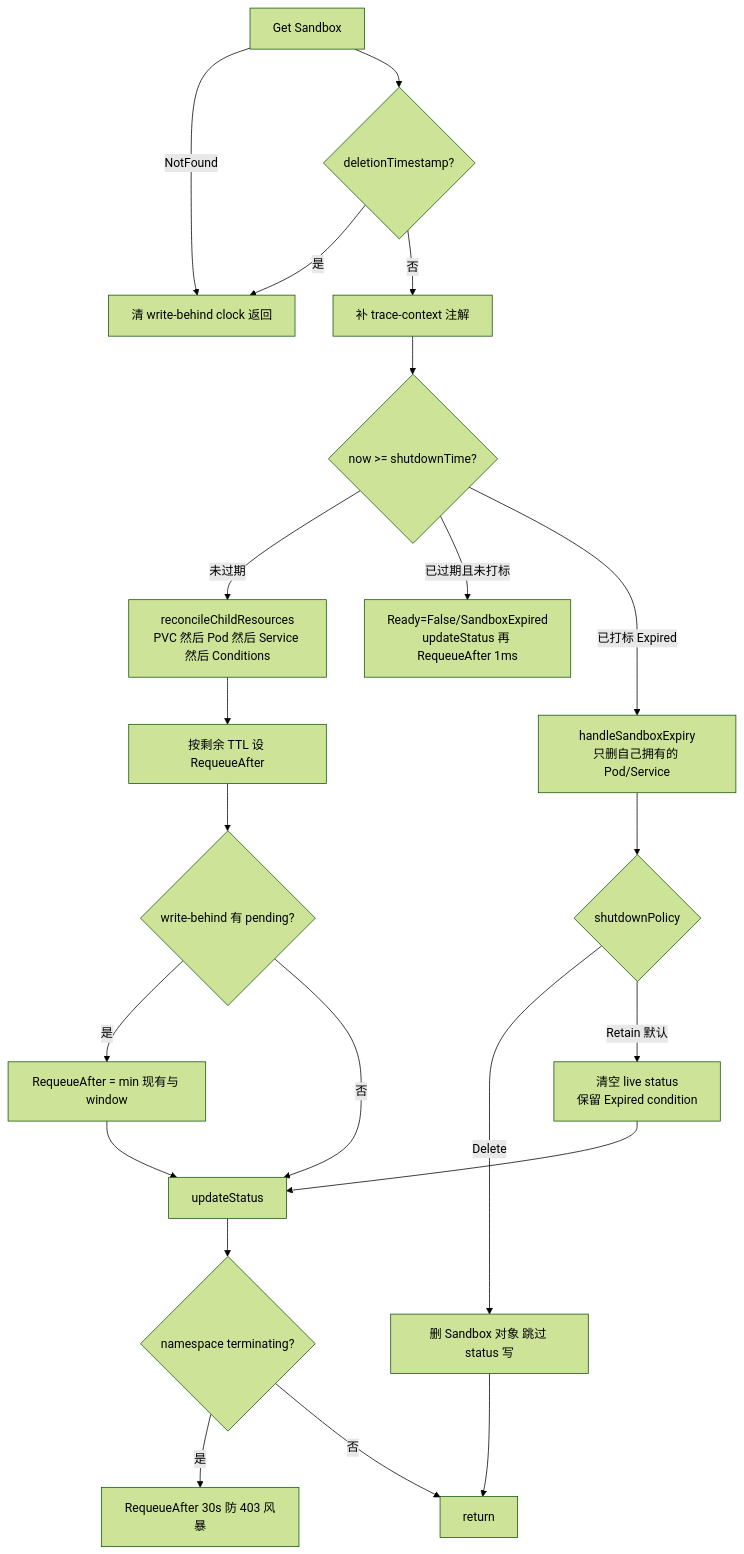
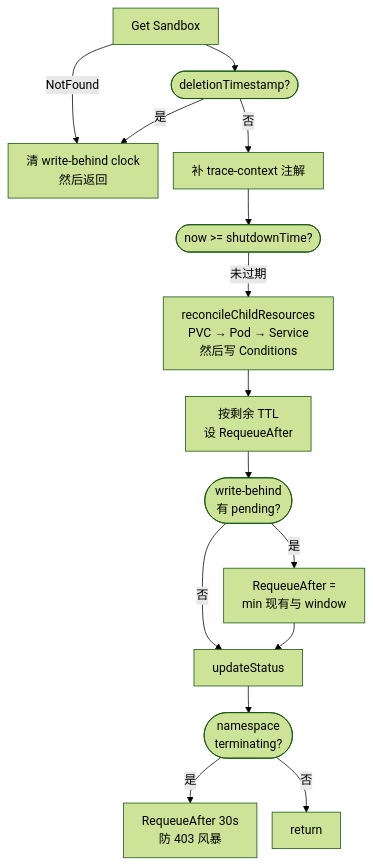
One commit to forrestIsRunning/kind-k8s-learning changed the fourth of 11 diagrams in docs/agent-sandbox-operator.md. Above: the diagram before and after it, drawn with Mermaid (forest theme). The commit also changed other lines of this file and 2 other files, not shown here.

Commit message:
Stop mermaid diagrams from clipping labels and bottoms.

````diff
--- a/docs/agent-sandbox-operator.md
+++ b/docs/agent-sandbox-operator.md
@@ -128,24 +158,27 @@
 ```mermaid
+---
+config:
+  flowchart:
+    htmlLabels: true
+    wrappingWidth: 200
+    padding: 12
+    useMaxWidth: false
+    rankSpacing: 35
+    nodeSpacing: 20
+---
 flowchart TD
-  A["Get Sandbox"] -->|NotFound| Z["清 write-behind clock 返回"]
-  A --> B{"deletionTimestamp?"}
+  A["Get Sandbox"] -->|NotFound| Z["清 write-behind clock<br/>然后返回"]
+  A --> B(["deletionTimestamp?"])
   B -->|是| Z
   B -->|否| C["补 trace-context 注解"]
-  C --> D{"now >= shutdownTime?"}
-  D -->|未过期| E["reconcileChildResources<br/>PVC 然后 Pod 然后 Service 然后 Conditions"]
-  E --> F["按剩余 TTL 设 RequeueAfter"]
-  F --> G{"write-behind 有 pending?"}
-  G -->|是| G1["RequeueAfter = min 现有与 window"]
+  C --> D(["now >= shutdownTime?"])
+  D -->|未过期| E["reconcileChildResources<br/>PVC → Pod → Service<br/>然后写 Conditions"]
+  E --> F["按剩余 TTL<br/>设 RequeueAfter"]
+  F --> G(["write-behind<br/>有 pending?"])
+  G -->|是| G1["RequeueAfter =<br/>min 现有与 window"]
   G -->|否| H["updateStatus"]
-  D -->|已过期且未打标| D1["Ready=False/SandboxExpired<br/>updateStatus 再 RequeueAfter 1ms"]
-  D -->|已打标 Expired| D2["handleSandboxExpiry<br/>只删自己拥有的 Pod/Service"]
-  D2 --> D3{"shutdownPolicy"}
-  D3 -->|Delete| D4["删 Sandbox 对象 跳过 status 写"]
-  D3 -->|Retain 默认| D5["清空 live status<br/>保留 Expired condition"]
-  D4 --> END["return"]
-  D5 --> H
   G1 --> H
-  H --> I{"namespace terminating?"}
-  I -->|是| I1["RequeueAfter 30s 防 403 风暴"]
-  I -->|否| END
+  H --> I(["namespace<br/>terminating?"])
+  I -->|是| I1["RequeueAfter 30s<br/>防 403 风暴"]
+  I -->|否| END["return"]
 ```
````
